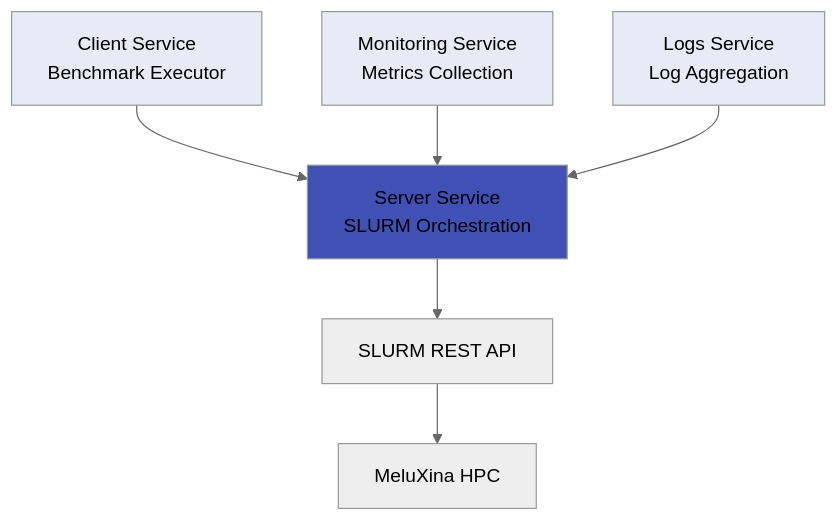
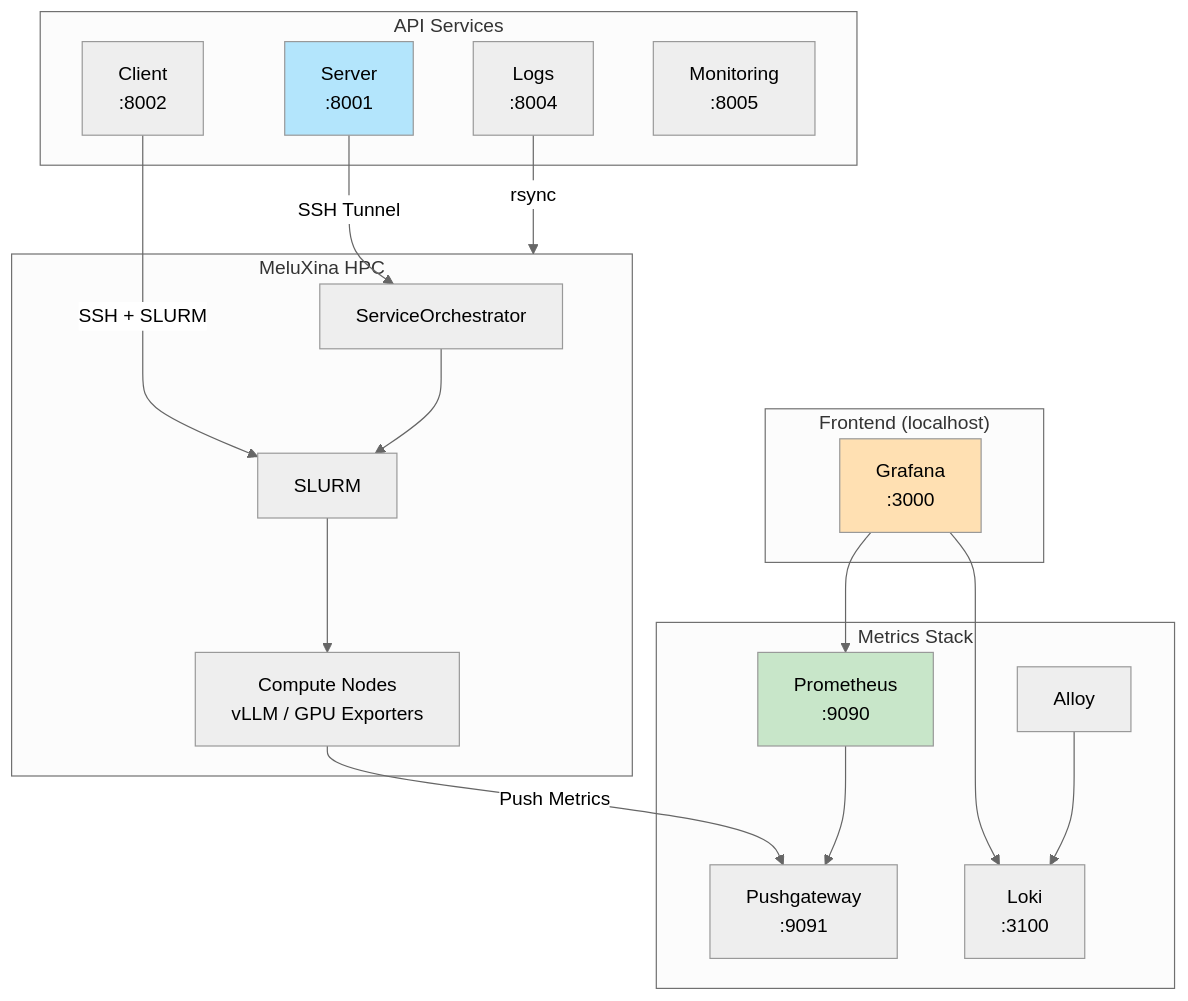
Before and after one commit to GiacomoPauletti/Benchmarking-AI-Factories: the diagram in docs-src/index.md, drawn with Mermaid (neutral theme). The commit also changed other lines of this file and 53 other files, not shown here.

````diff
--- a/docs-src/index.md
+++ b/docs-src/index.md
@@ -13,14 +13,41 @@
 ```mermaid
 graph TB
-    Client[Client Service<br/>Benchmark Executor] --> Server[Server Service<br/>SLURM Orchestration]
-    Monitor[Monitoring Service<br/>Metrics Collection] --> Server
-    Logs[Logs Service<br/>Log Aggregation] --> Server
+    subgraph Frontend["Frontend (localhost)"]
+        Grafana[Grafana<br/>:3000]
+    end
     
-    Server --> SLURM[SLURM REST API]
-    SLURM --> HPC[MeluXina HPC]
+    subgraph APIs["API Services"]
+        Server[Server<br/>:8001]
+        Client[Client<br/>:8002]
+        Logs[Logs<br/>:8004]
+        Monitoring[Monitoring<br/>:8005]
+    end
     
-    style Server fill:#4051b5
-    style Client fill:#e8eaf6
-    style Monitor fill:#e8eaf6
-    style Logs fill:#e8eaf6
+    subgraph Metrics["Metrics Stack"]
+        Prometheus[Prometheus<br/>:9090]
+        Pushgateway[Pushgateway<br/>:9091]
+        Loki[Loki<br/>:3100]
+        Alloy[Alloy]
+    end
+    
+    subgraph HPC["MeluXina HPC"]
+        Orchestrator[ServiceOrchestrator]
+        SLURM[SLURM]
+        Compute[Compute Nodes<br/>vLLM / GPU Exporters]
+    end
+    
+    Grafana --> Prometheus
+    Grafana --> Loki
+    Server -->|SSH Tunnel| Orchestrator
+    Client -->|SSH + SLURM| SLURM
+    Orchestrator --> SLURM
+    SLURM --> Compute
+    Compute -->|Push Metrics| Pushgateway
+    Prometheus --> Pushgateway
+    Alloy --> Loki
+    Logs -->|rsync| HPC
+    
+    style Grafana fill:#FFE0B2
+    style Server fill:#B3E5FC
+    style Prometheus fill:#C8E6C9
 ```
````
